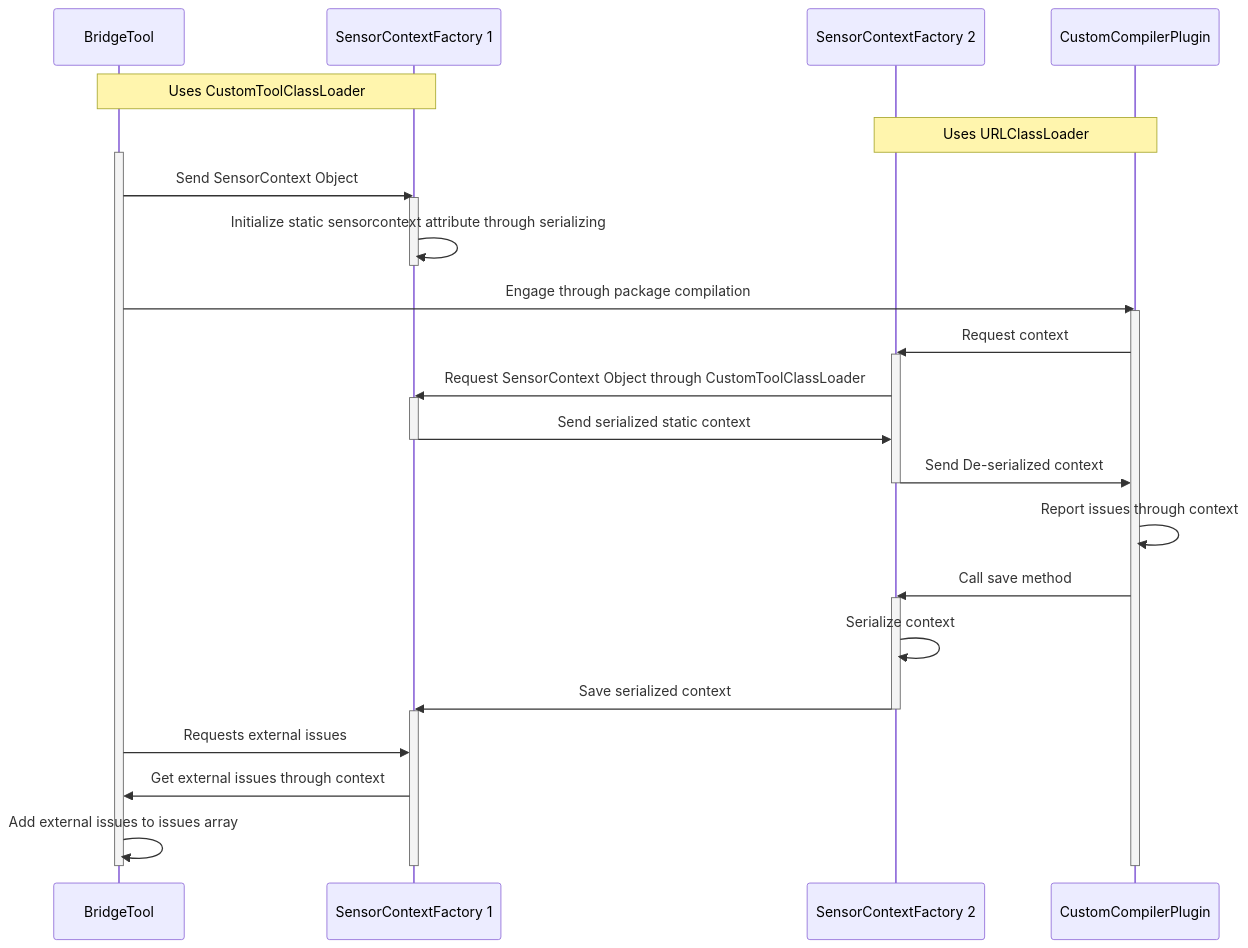
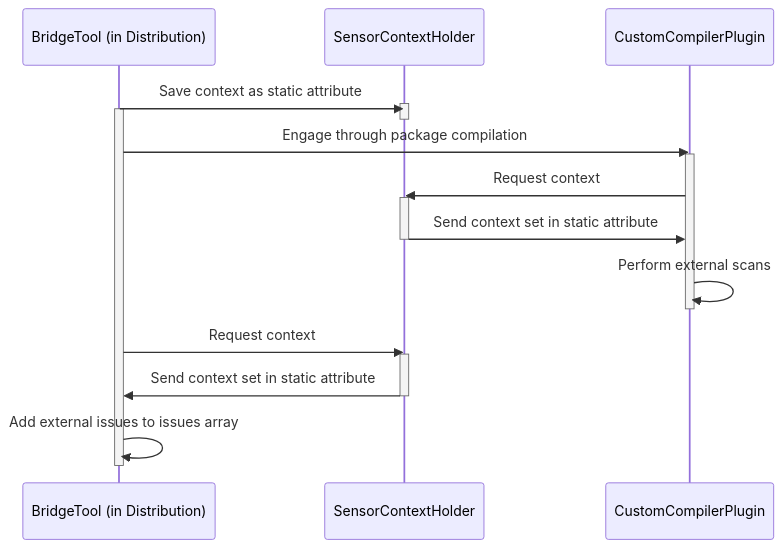
The diagram in README.md (Xenowa/ballerina-tool-extension-methods), drawn with Mermaid before and after one commit. The commit also changed other lines of this file and 7 other files, not shown here.

Commit message:
Update: Adding ballerina distribution bundling based approach for extending functionalities of Ballerina Tool

````diff
--- a/README.md
+++ b/README.md
@@ -3,37 +3,24 @@
 ```mermaid
 sequenceDiagram
-    participant BridgeTool
-    participant SensorContextFactory 1
-    note over BridgeTool, SensorContextFactory 1: Uses CustomToolClassLoader
-    participant SensorContextFactory 2
+    participant BridgeTool (in Distribution)
+    participant SensorContextHolder
     participant CustomCompilerPlugin
-    note over SensorContextFactory 2, CustomCompilerPlugin: Uses URLClassLoader
-    activate BridgeTool
-    BridgeTool ->> SensorContextFactory 1: Send SensorContext Object
-    activate SensorContextFactory 1
-    SensorContextFactory 1 ->> SensorContextFactory 1: Initialize static sensorcontext attribute through serializing
-    deactivate SensorContextFactory 1
-    BridgeTool ->> CustomCompilerPlugin: Engage through package compilation
+    BridgeTool (in Distribution) ->> SensorContextHolder: Save context as static attribute
+    activate BridgeTool (in Distribution)
+    activate SensorContextHolder
+    deactivate SensorContextHolder
+    BridgeTool (in Distribution) ->> CustomCompilerPlugin: Engage through package compilation
     activate CustomCompilerPlugin
-    CustomCompilerPlugin ->> SensorContextFactory 2: Request context
-    activate SensorContextFactory 2
-    SensorContextFactory 2 ->> SensorContextFactory 1: Request SensorContext Object through CustomToolClassLoader
-    activate SensorContextFactory 1
-    SensorContextFactory 1 ->> SensorContextFactory 2: Send serialized static context
-    deactivate SensorContextFactory 1
-    SensorContextFactory 2 ->> CustomCompilerPlugin: Send De-serialized context
-    deactivate SensorContextFactory 2
-    CustomCompilerPlugin ->> CustomCompilerPlugin: Report issues through context
-    CustomCompilerPlugin ->> SensorContextFactory 2: Call save method
-    activate SensorContextFactory 2
-    SensorContextFactory 2 ->> SensorContextFactory 2: Serialize context
-    SensorContextFactory 2 ->> SensorContextFactory 1: Save serialized context
-    deactivate SensorContextFactory 2
-    activate SensorContextFactory 1
-    BridgeTool ->> SensorContextFactory 1: Requests external issues
-    SensorContextFactory 1 ->> BridgeTool: Get external issues through context
-    BridgeTool ->> BridgeTool: Add external issues to issues array
-    deactivate SensorContextFactory 1
+    CustomCompilerPlugin ->> SensorContextHolder: Request context
+    activate SensorContextHolder
+    SensorContextHolder ->> CustomCompilerPlugin: Send context set in static attribute
+    deactivate SensorContextHolder
+    CustomCompilerPlugin ->> CustomCompilerPlugin: Perform external scans
     deactivate CustomCompilerPlugin
-    deactivate BridgeTool
+    BridgeTool (in Distribution) ->> SensorContextHolder: Request context
+    activate SensorContextHolder
+    SensorContextHolder ->> BridgeTool (in Distribution): Send context set in static attribute
+    deactivate SensorContextHolder
+    BridgeTool (in Distribution) ->> BridgeTool (in Distribution): Add external issues to issues array
+    deactivate BridgeTool (in Distribution)
 ```
````
